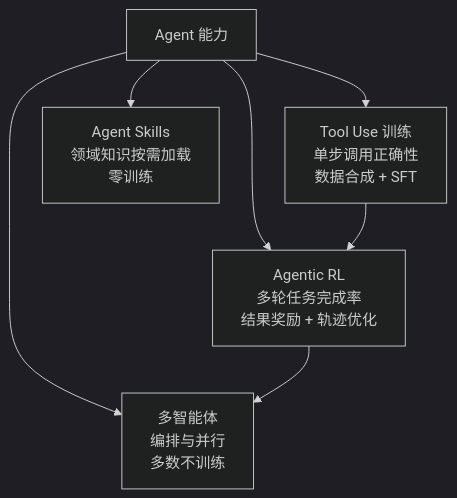
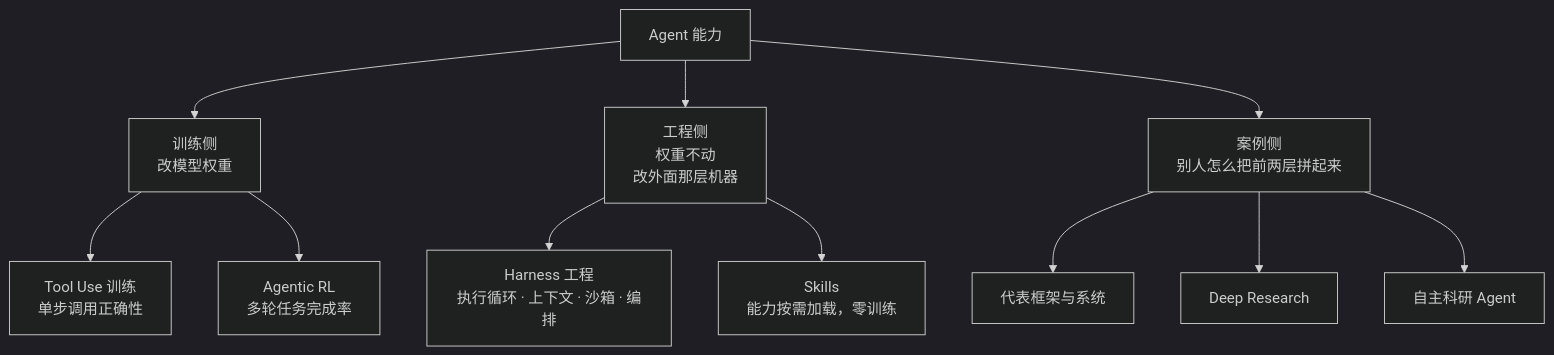
Before and after one commit to zhoujx4/llm-atlas: the diagram in docs/agent/index.md, drawn with Mermaid (dark theme). The commit also changed other lines of this file and 52 other files, not shown here.

````diff
--- a/docs/agent/index.md
+++ b/docs/agent/index.md
@@ -20,9 +20,13 @@
 ```mermaid
 flowchart TD
-    AGENT[Agent 能力] --> TU[Tool Use 训练<br/>单步调用正确性<br/>数据合成 + SFT]
-    AGENT --> ARL[Agentic RL<br/>多轮任务完成率<br/>结果奖励 + 轨迹优化]
-    AGENT --> MA[多智能体<br/>编排与并行<br/>多数不训练]
-    AGENT --> SKILL[Agent Skills<br/>领域知识按需加载<br/>零训练]
-    TU --> ARL
-    ARL --> MA
+    A[Agent 能力] --> T[训练侧<br/>改模型权重]
+    A --> E[工程侧<br/>权重不动<br/>改外面那层机器]
+    A --> C[案例侧<br/>别人怎么把前两层拼起来]
+    T --> T1[Tool Use 训练<br/>单步调用正确性]
+    T --> T2[Agentic RL<br/>多轮任务完成率]
+    E --> E1[Harness 工程<br/>执行循环 · 上下文 · 沙箱 · 编排]
+    E --> E2[Skills<br/>能力按需加载，零训练]
+    C --> C1[代表框架与系统]
+    C --> C2[Deep Research]
+    C --> C3[自主科研 Agent]
 ```
````
